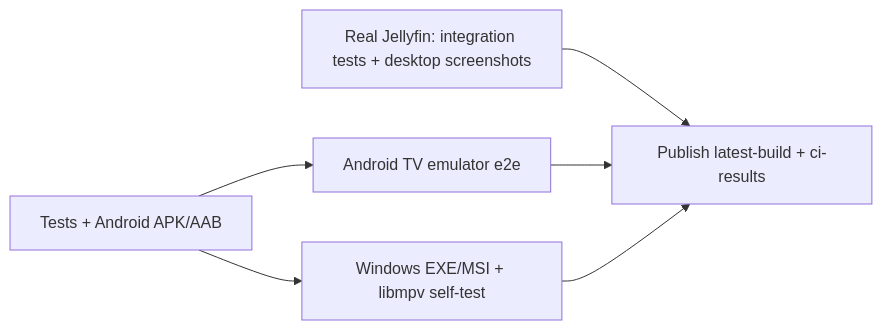
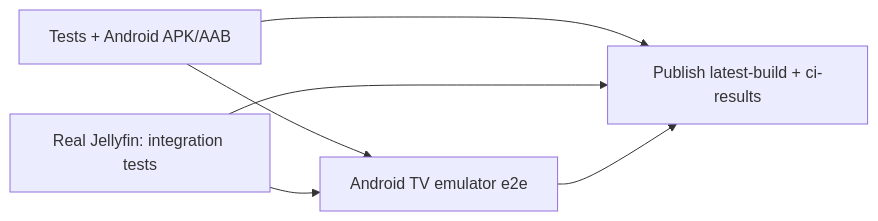
One commit to Zaxix/firetv_client changed the diagram in docs/obsidian-vault/06 - Development/Testing Guide.md. Above: the diagram before and after it, drawn with Mermaid. The commit also changed other lines of this file and 47 other files, not shown here.

````diff
--- a/docs/obsidian-vault/06 - Development/Testing Guide.md
+++ b/docs/obsidian-vault/06 - Development/Testing Guide.md
@@ -8,8 +8,8 @@
 ```mermaid
 flowchart LR
     A[Tests + Android APK/AAB] --> C[Android TV emulator e2e]
-    B[Real Jellyfin: integration tests + desktop screenshots] --> P[Publish latest-build + ci-results]
-    A --> W[Windows EXE/MSI + libmpv self-test]
+    B[Real Jellyfin: integration tests] --> C
+    A --> P[Publish latest-build + ci-results]
+    B --> P
     C --> P
-    W --> P
 ```
````
